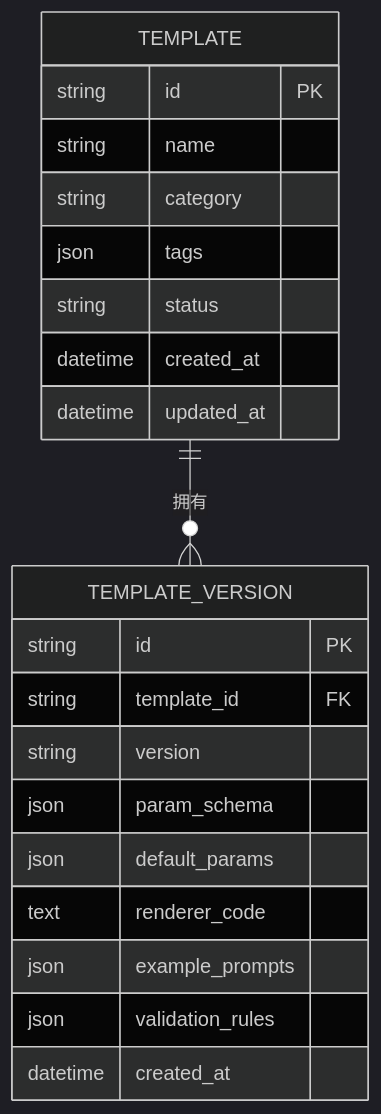
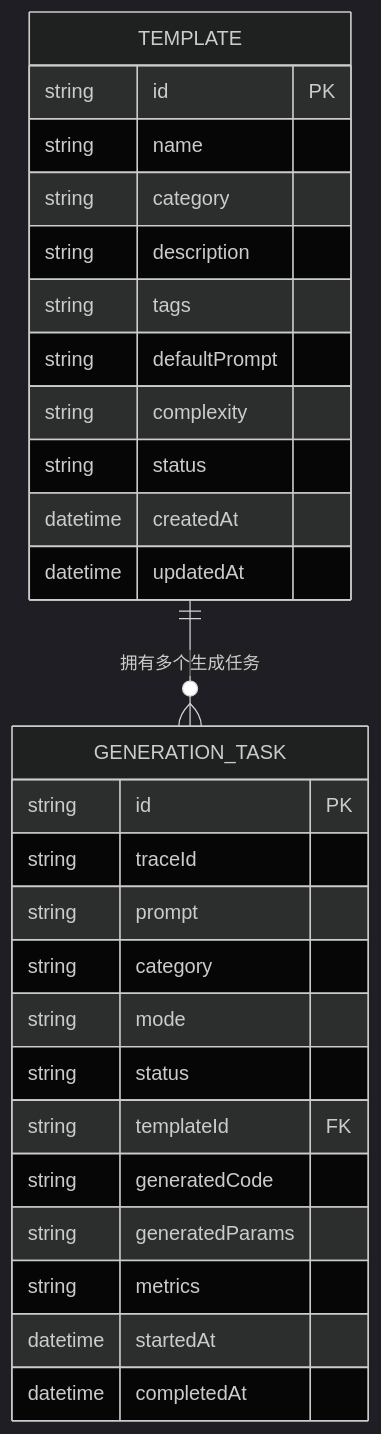
The seventh of 8 diagrams in .qoder/repowiki/zh/content/核心功能模块/模板系统与参数化.md (MrXujiang/ApexForge), drawn with Mermaid (dark theme) before and after one commit. The commit also changed other lines of this file and 84 other files, not shown here.

````diff
--- a/.qoder/repowiki/zh/content/核心功能模块/模板系统与参数化.md
+++ b/.qoder/repowiki/zh/content/核心功能模块/模板系统与参数化.md
@@ -175,24 +246,30 @@
 ```mermaid
 erDiagram
 TEMPLATE {
 string id PK
 string name
 string category
-json tags
+string description
+string tags
+string defaultPrompt
+string complexity
 string status
-datetime created_at
-datetime updated_at
+datetime createdAt
+datetime updatedAt
 }
-TEMPLATE_VERSION {
+GENERATION_TASK {
 string id PK
-string template_id FK
-string version
-json param_schema
-json default_params
-text renderer_code
-json example_prompts
-json validation_rules
-datetime created_at
+string traceId
+string prompt
+string category
+string mode
+string status
+string templateId FK
+string generatedCode
+string generatedParams
+string metrics
+datetime startedAt
+datetime completedAt
 }
-TEMPLATE ||--o{ TEMPLATE_VERSION : "拥有"
+TEMPLATE ||--o{ GENERATION_TASK : "拥有多个生成任务"
 ```
````
